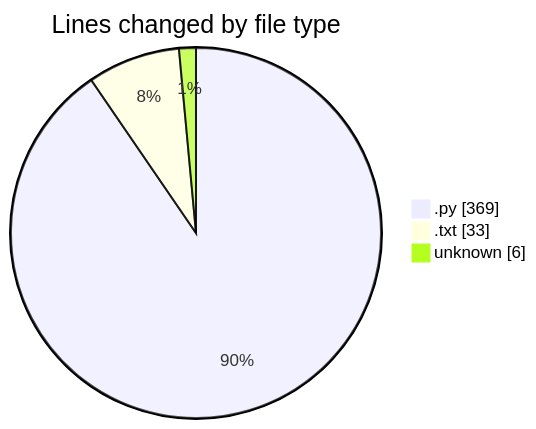
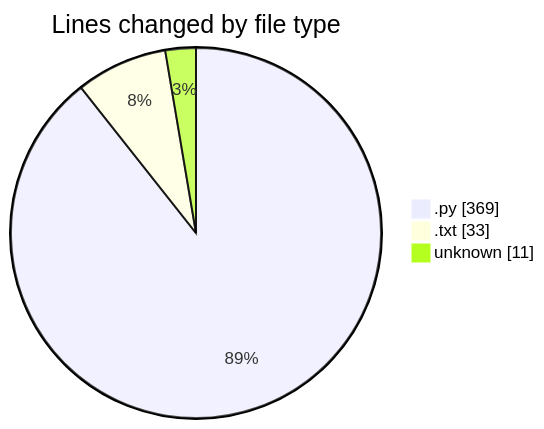
Before and after one commit to MatusMokan/code-tracking: the first of 2 diagrams in 2026-01-08/testuploaddovera/README.md, drawn with Mermaid. The commit also changed other lines of this file and 1 other file, not shown here.

````diff
--- a/2026-01-08/testuploaddovera/README.md
+++ b/2026-01-08/testuploaddovera/README.md
@@ -25,7 +25,7 @@
 ```mermaid
 pie showData
 title Lines changed by file type
 ".py" : 369
 ".txt" : 33
-"unknown" : 6
+"unknown" : 11
 ```
````
